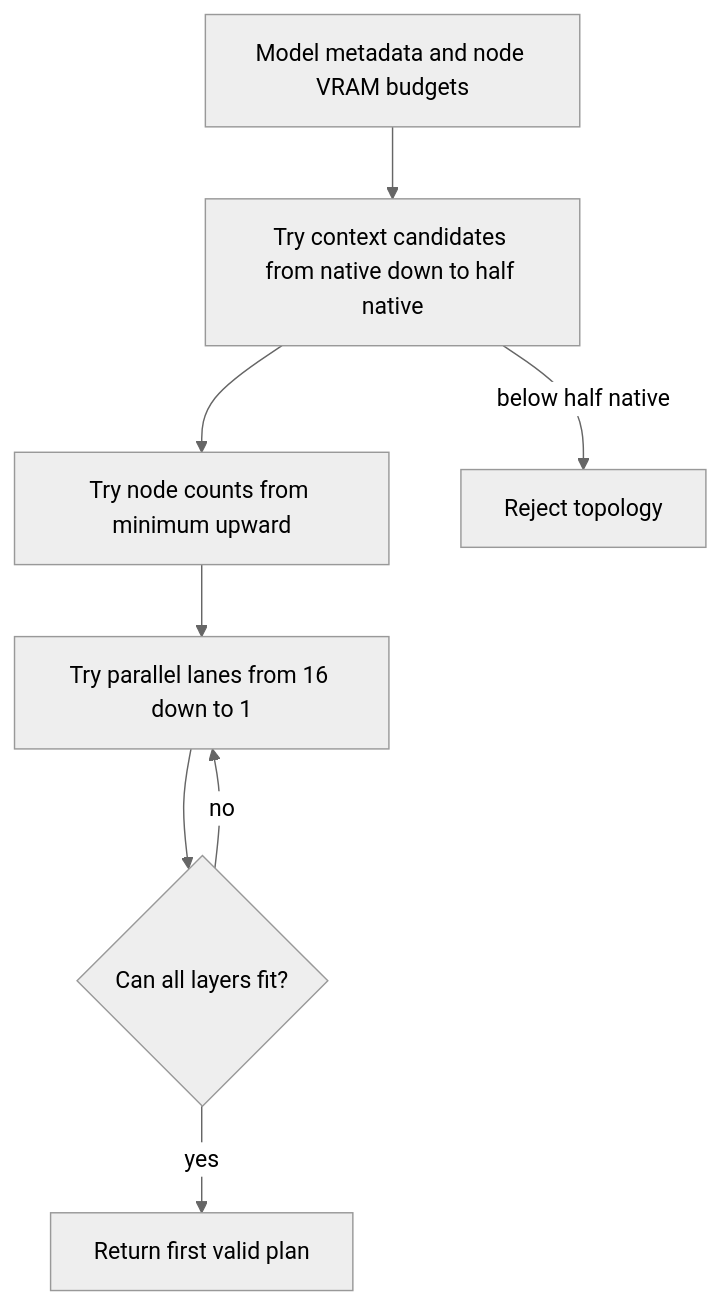
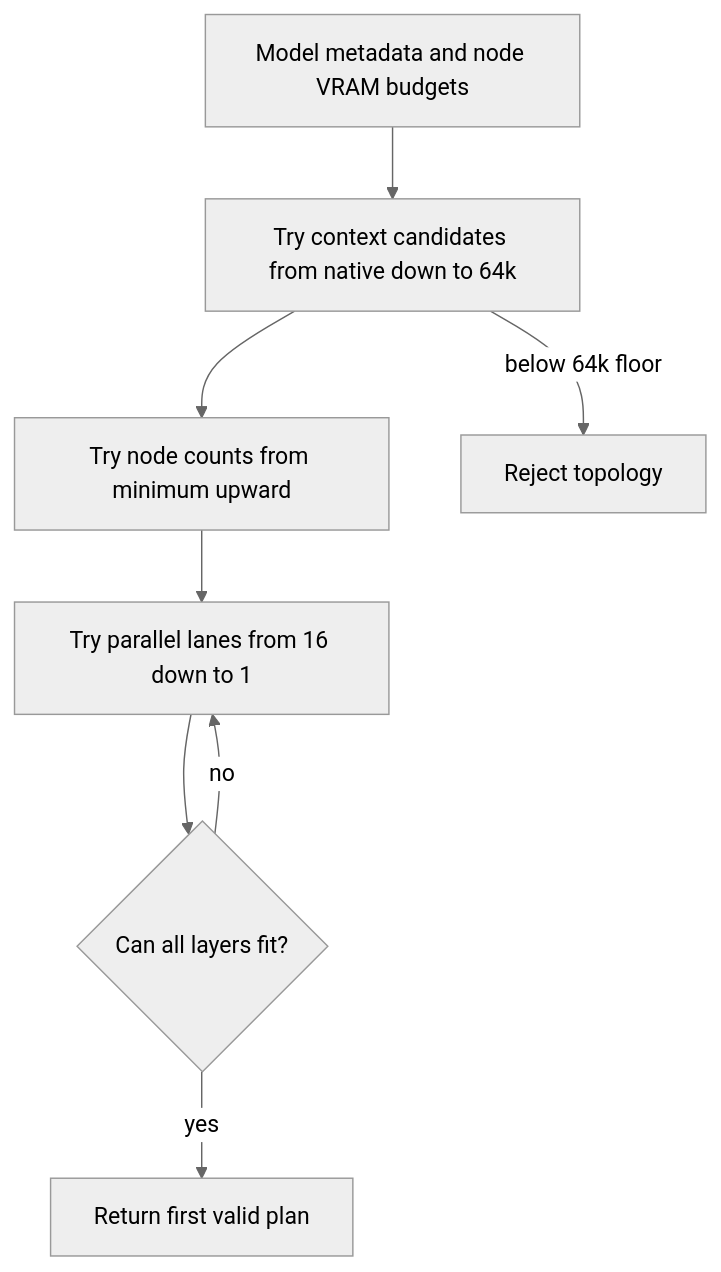
One commit to michaelneale/mesh-llm changed the fourth of 9 diagrams in crates/skippy-coordinator/README.md. Above: the diagram before and after it, drawn with Mermaid (neutral theme). The commit also changed other lines of this file and 1 other file, not shown here.

Commit message:
Use 64k floor for topology context planning

````diff
--- a/crates/skippy-coordinator/README.md
+++ b/crates/skippy-coordinator/README.md
@@ -165,18 +165,18 @@
 ```mermaid
 flowchart TD
     Input["Model metadata and node VRAM budgets"]
-    Context["Try context candidates from native down to half native"]
+    Context["Try context candidates from native down to 64k"]
     Nodes["Try node counts from minimum upward"]
     Lanes["Try parallel lanes from 16 down to 1"]
     Fit{"Can all layers fit?"}
     Plan["Return first valid plan"]
     Reject["Reject topology"]
 
     Input --> Context
     Context --> Nodes
     Nodes --> Lanes
     Lanes --> Fit
     Fit -- "yes" --> Plan
     Fit -- "no" --> Lanes
-    Context -- "below half native" --> Reject
+    Context -- "below 64k floor" --> Reject
 ```
````
